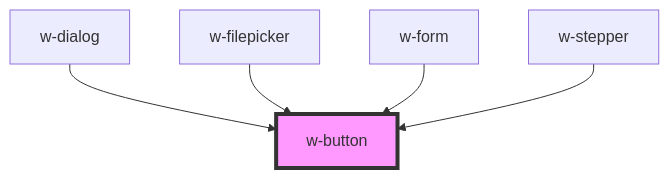
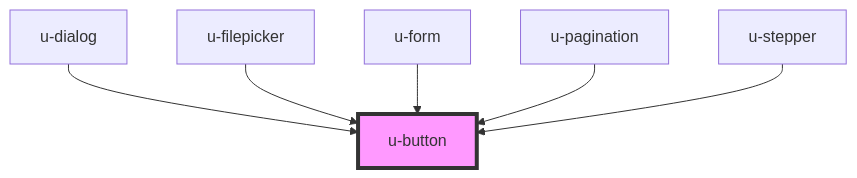
One commit to theUrbans/uniform changed the diagram in src/components/u-button/readme.md. Above: the diagram before and after it, drawn with Mermaid. The commit also changed other lines of this file and 13 other files, not shown here.

````diff
--- a/src/components/u-button/readme.md
+++ b/src/components/u-button/readme.md
@@ -38,8 +39,9 @@
 ```mermaid
 graph TD;
-  w-dialog --> w-button
-  w-filepicker --> w-button
-  w-form --> w-button
-  w-stepper --> w-button
-  style w-button fill:#f9f,stroke:#333,stroke-width:4px
+  u-dialog --> u-button
+  u-filepicker --> u-button
+  u-form --> u-button
+  u-pagination --> u-button
+  u-stepper --> u-button
+  style u-button fill:#f9f,stroke:#333,stroke-width:4px
 ```
````
